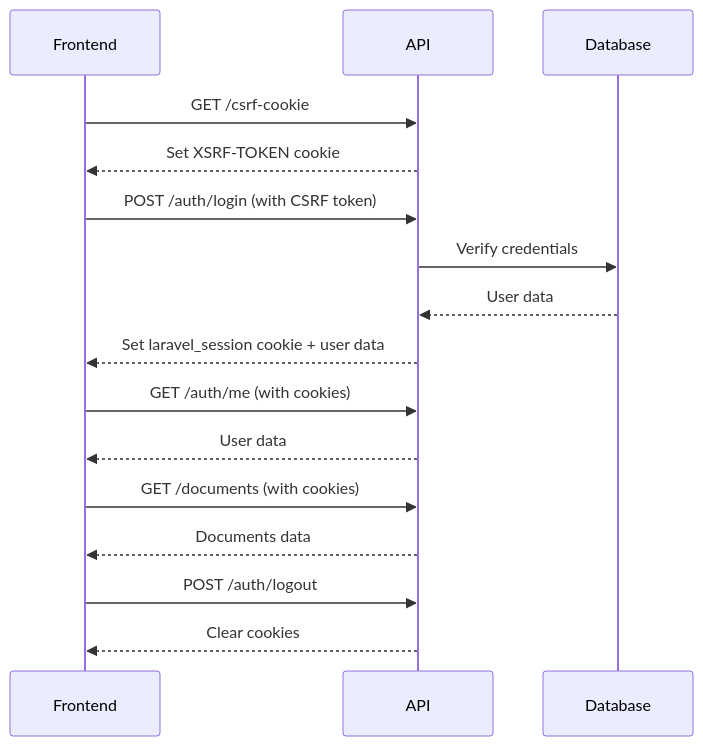
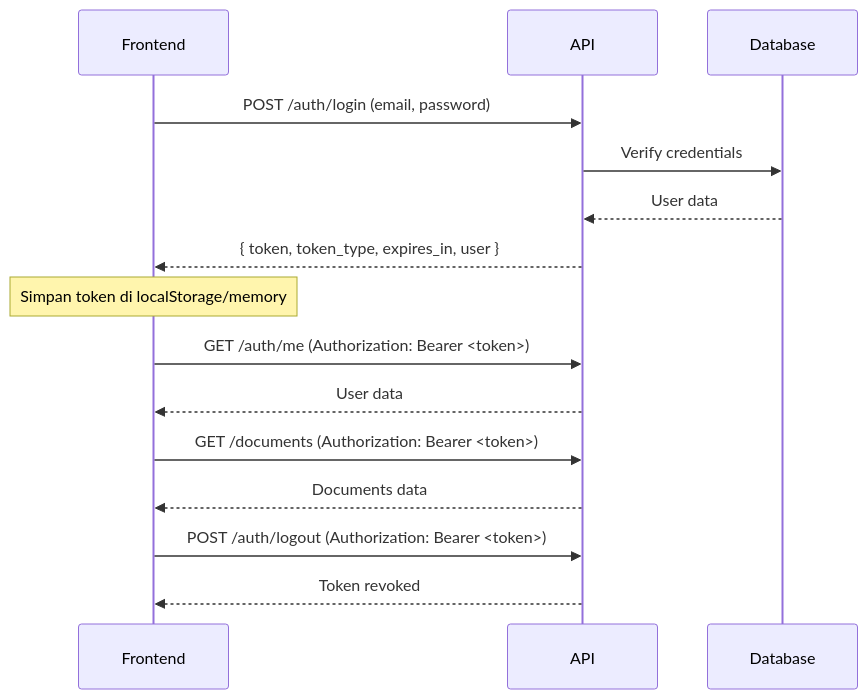
One commit to DickyDD6/digitalisasi-arsip changed the diagram in apps/api/docs/sanctum-integration.md. Above: the diagram before and after it, drawn with Mermaid. The commit also changed other lines of this file and 3 other files, not shown here.

Commit message:
docs: update all docs for token-based auth v3.0

````diff
--- a/apps/api/docs/sanctum-integration.md
+++ b/apps/api/docs/sanctum-integration.md
@@ -9,23 +9,22 @@
 ```mermaid
 sequenceDiagram
     participant Frontend
     participant API
     participant Database
 
-    Frontend->>API: GET /csrf-cookie
-    API-->>Frontend: Set XSRF-TOKEN cookie
-    
-    Frontend->>API: POST /auth/login (with CSRF token)
+    Frontend->>API: POST /auth/login (email, password)
     API->>Database: Verify credentials
     Database-->>API: User data
-    API-->>Frontend: Set laravel_session cookie + user data
-    
-    Frontend->>API: GET /auth/me (with cookies)
+    API-->>Frontend: { token, token_type, expires_in, user }
+
+    Note over Frontend: Simpan token di localStorage/memory
+
+    Frontend->>API: GET /auth/me (Authorization: Bearer <token>)
     API-->>Frontend: User data
-    
-    Frontend->>API: GET /documents (with cookies)
+
+    Frontend->>API: GET /documents (Authorization: Bearer <token>)
     API-->>Frontend: Documents data
-    
-    Frontend->>API: POST /auth/logout
-    API-->>Frontend: Clear cookies
+
+    Frontend->>API: POST /auth/logout (Authorization: Bearer <token>)
+    API-->>Frontend: Token revoked
 ```
````
